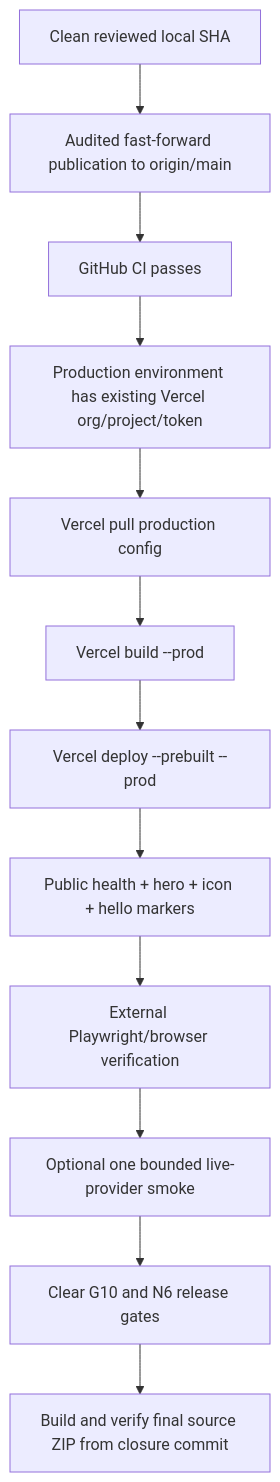
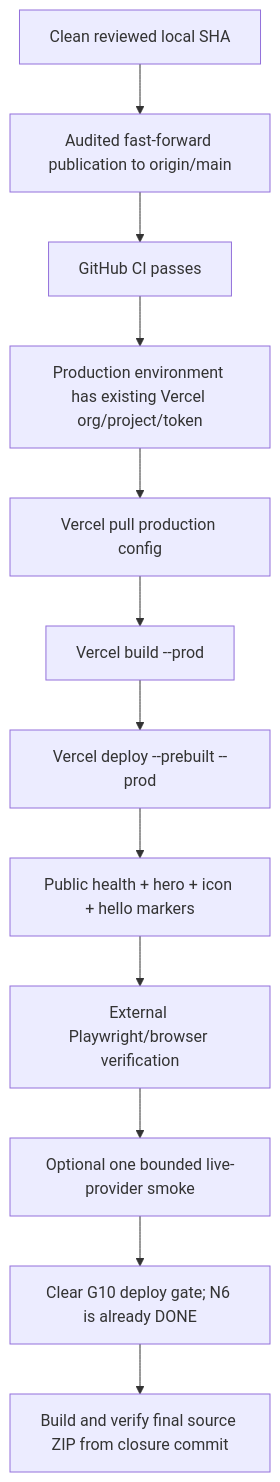
The diagram in docs/release-runbook.md (BernydotJar/Cadre_AI_Chatbot), drawn with Mermaid before and after one commit. The commit also changed other lines of this file and 10 other files, not shown here.

````diff
--- a/docs/release-runbook.md
+++ b/docs/release-runbook.md
@@ -21,14 +21,14 @@
 ```mermaid
 flowchart TD
     A[Clean reviewed local SHA] --> B[Audited fast-forward publication to origin/main]
     B --> C[GitHub CI passes]
     C --> D[Production environment has existing Vercel org/project/token]
     D --> E[Vercel pull production config]
     E --> F[Vercel build --prod]
     F --> G[Vercel deploy --prebuilt --prod]
     G --> H[Public health + hero + icon + hello markers]
     H --> I[External Playwright/browser verification]
     I --> J[Optional one bounded live-provider smoke]
-    J --> K[Clear G10 and N6 release gates]
+    J --> K[Clear G10 deploy gate; N6 is already DONE]
     K --> L[Build and verify final source ZIP from closure commit]
 ```
````
